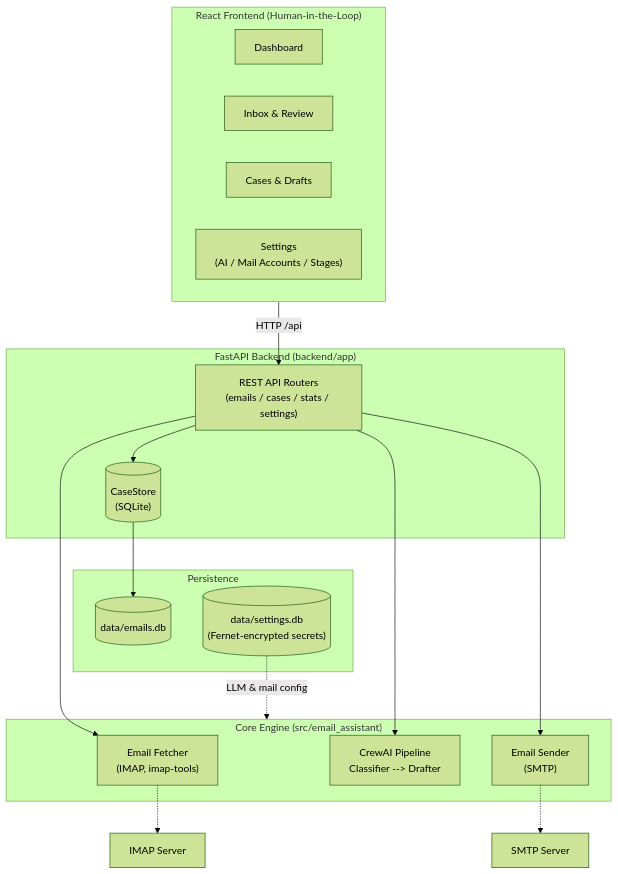
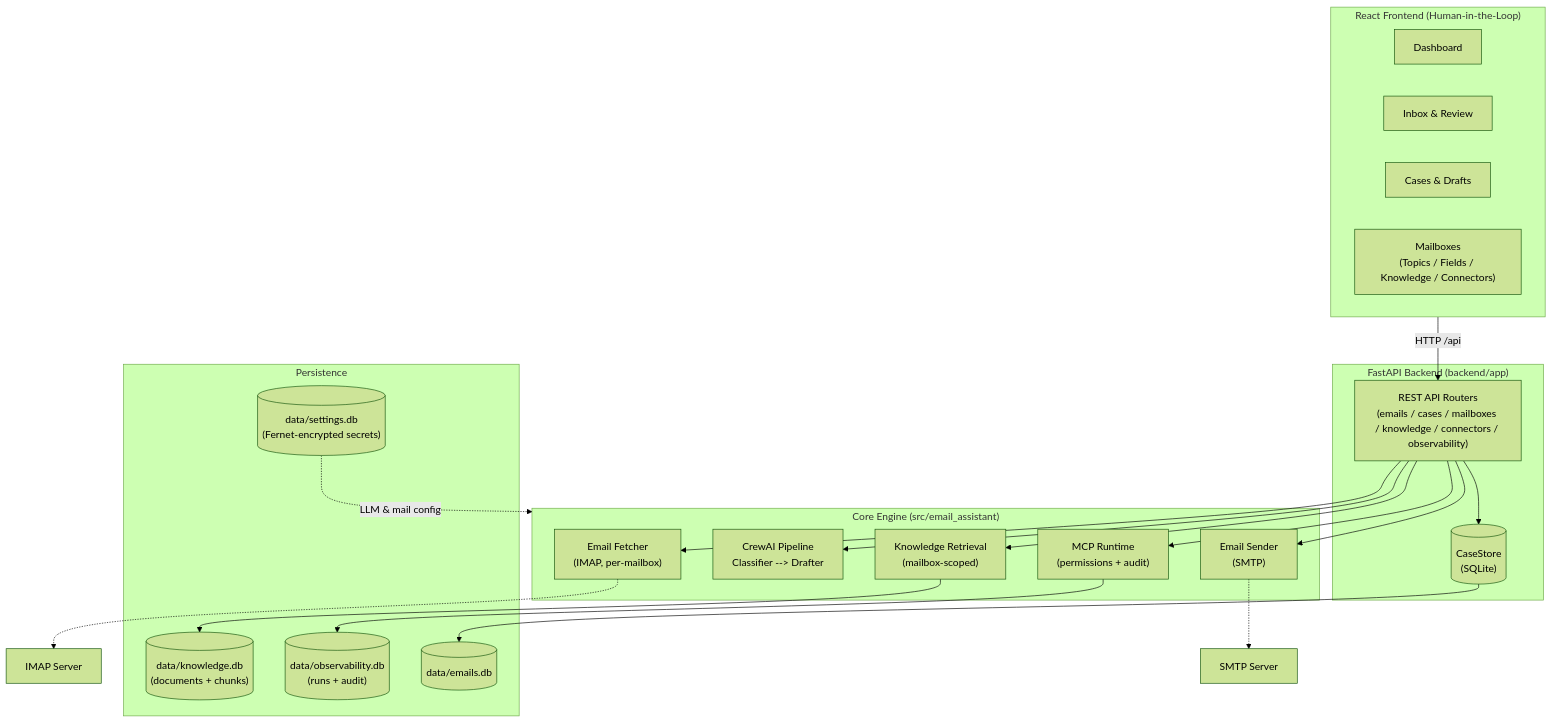
The diagram in README.md (PolyU-Computer-Science/Year4-COMP4913-Capstone-Project), drawn with Mermaid (forest theme) before and after one commit. The commit also changed other lines of this file and 11 other files, not shown here.

````diff
--- a/README.md
+++ b/README.md
@@ -155,35 +171,43 @@
 ```mermaid
 flowchart TB
     subgraph UI["React Frontend (Human-in-the-Loop)"]
         Dashboard["Dashboard"]
         Inbox["Inbox & Review"]
         Cases["Cases & Drafts"]
-        Settings["Settings<br/>(AI / Mail Accounts / Stages)"]
+        Mailboxes["Mailboxes<br/>(Topics / Fields / Knowledge / Connectors)"]
     end
 
     subgraph API["FastAPI Backend (backend/app)"]
-        Routers["REST API Routers<br/>(emails / cases / stats / settings)"]
+        Routers["REST API Routers<br/>(emails / cases / mailboxes / knowledge / connectors / observability)"]
         Store[("CaseStore<br/>(SQLite)")]
     end
 
     subgraph Core["Core Engine (src/email_assistant)"]
-        Fetcher["Email Fetcher<br/>(IMAP, imap-tools)"]
+        Fetcher["Email Fetcher<br/>(IMAP, per-mailbox)"]
         Crew["CrewAI Pipeline<br/>Classifier --> Drafter"]
+        RAG["Knowledge Retrieval<br/>(mailbox-scoped)"]
+        MCP["MCP Runtime<br/>(permissions + audit)"]
         Sender["Email Sender<br/>(SMTP)"]
     end
 
     subgraph Data["Persistence"]
         EmailsDB[("data/emails.db")]
         SettingsDB[("data/settings.db<br/>(Fernet-encrypted secrets)")]
+        KnowledgeDB[("data/knowledge.db<br/>(documents + chunks)")]
+        ObsDB[("data/observability.db<br/>(runs + audit)")]
     end
 
     UI -->|HTTP /api| Routers
     Routers --> Fetcher
     Routers --> Crew
+    Routers --> RAG
+    Routers --> MCP
     Routers --> Sender
     Routers --> Store
     Store --> EmailsDB
     SettingsDB -.->|LLM & mail config| Core
+    RAG --> KnowledgeDB
+    MCP --> ObsDB
     Fetcher -.-> IMAP["IMAP Server"]
     Sender -.-> SMTP["SMTP Server"]
 ```
````
